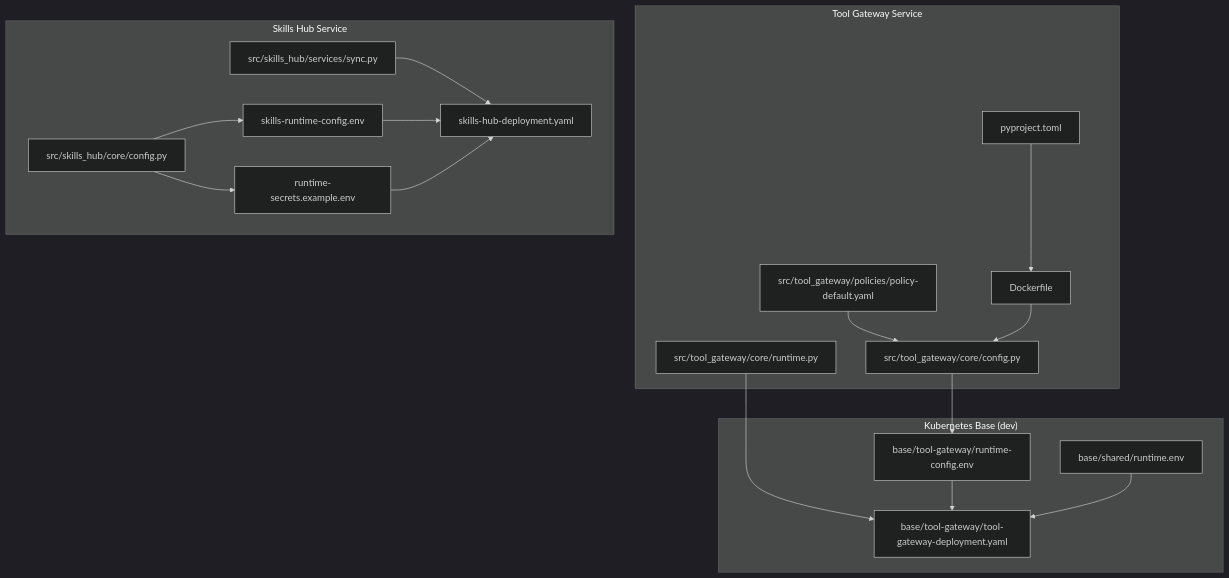
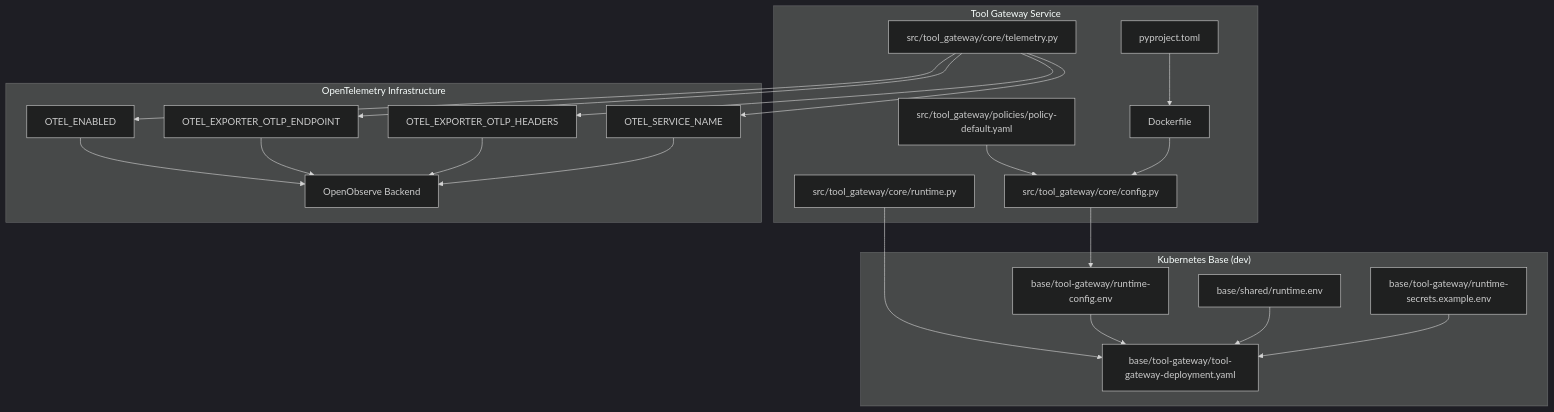
One commit to metasync/luban-aiops changed the first of 10 diagrams in .qoder/repowiki/en/content/Tool Gateway Service/Configuration and Environment Setup.md. Above: the diagram before and after it, drawn with Mermaid (dark theme). The commit also changed other lines of this file and 71 other files, not shown here.

Commit message:
docs: refresh repowiki knowledge cache after OpenObserve telemetry enablement

````diff
--- a/.qoder/repowiki/en/content/Tool Gateway Service/Configuration and Environment Setup.md
+++ b/.qoder/repowiki/en/content/Tool Gateway Service/Configuration and Environment Setup.md
@@ -48,34 +49,40 @@
 ```mermaid
 graph TB
 subgraph "Tool Gateway Service"
 A["src/tool_gateway/core/config.py"]
 B["src/tool_gateway/core/runtime.py"]
-C["src/tool_gateway/policies/policy-default.yaml"]
-D["Dockerfile"]
-E["pyproject.toml"]
+C["src/tool_gateway/core/telemetry.py"]
+D["src/tool_gateway/policies/policy-default.yaml"]
+E["Dockerfile"]
+F["pyproject.toml"]
 end
-subgraph "Skills Hub Service"
-F["src/skills_hub/core/config.py"]
-G["src/skills_hub/services/sync.py"]
-H["skills-runtime-config.env"]
-I["runtime-secrets.example.env"]
-J["skills-hub-deployment.yaml"]
+subgraph "OpenTelemetry Infrastructure"
+G["OTEL_ENABLED"]
+H["OTEL_EXPORTER_OTLP_ENDPOINT"]
+I["OTEL_EXPORTER_OTLP_HEADERS"]
+J["OTEL_SERVICE_NAME"]
+K["OpenObserve Backend"]
 end
 subgraph "Kubernetes Base (dev)"
-K["base/tool-gateway/runtime-config.env"]
-L["base/tool-gateway/tool-gateway-deployment.yaml"]
-M["base/shared/runtime.env"]
+L["base/tool-gateway/runtime-config.env"]
+M["base/tool-gateway/tool-gateway-deployment.yaml"]
+N["base/shared/runtime.env"]
+O["base/tool-gateway/runtime-secrets.example.env"]
 end
-A --> K
-B --> L
-K --> L
-M --> L
-C --> A
+A --> L
+B --> M
+C --> G
+C --> H
+C --> I
+C --> J
+L --> M
+N --> M
+O --> M
 D --> A
-E --> D
-F --> H
-F --> I
-G --> J
-H --> J
-I --> J
+E --> A
+F --> E
+G --> K
+H --> K
+I --> K
+J --> K
 ```
````
